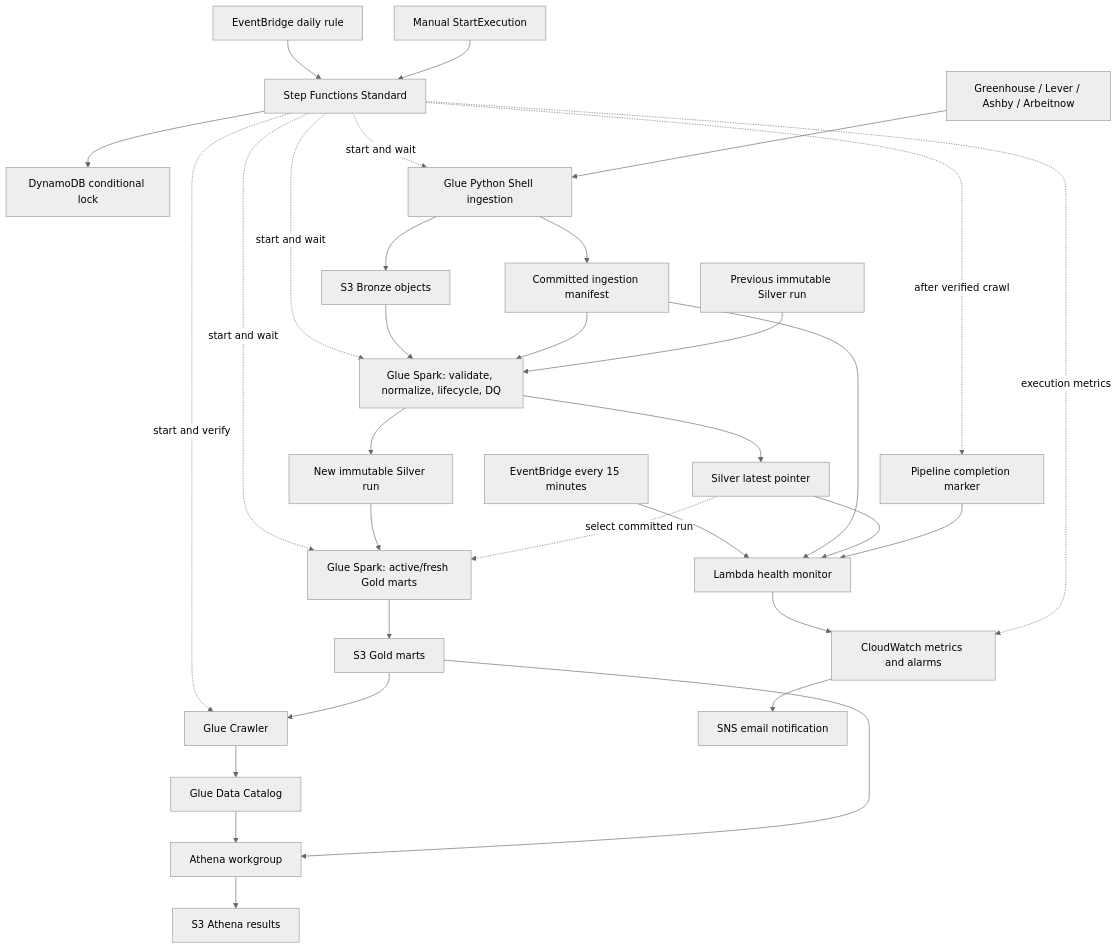
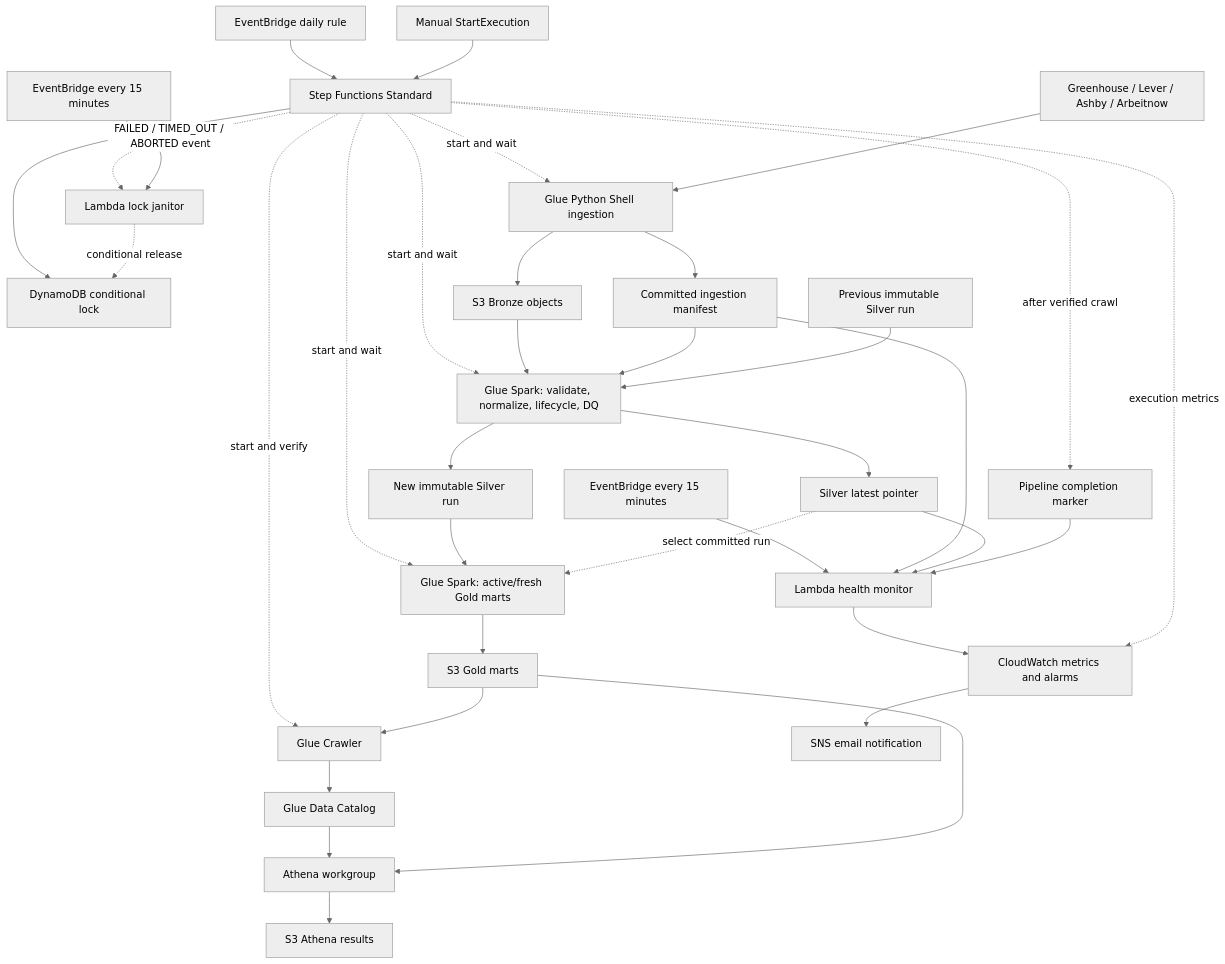
Before and after one commit to Viluoicode/Job-Market-Pipeline-cloud: the second of 2 diagrams in docs/architecture.md, drawn with Mermaid (neutral theme). The commit also changed other lines of this file and 8 other files, not shown here.

First line of the commit message:
feat(monitoring): Lambda lock janitor tự gỡ lock mồ côi

````diff
--- a/docs/architecture.md
+++ b/docs/architecture.md
@@ -33,35 +33,38 @@
 ```mermaid
 flowchart TD
     SCHEDULE[EventBridge daily rule] --> SFN[Step Functions Standard]
     MANUAL[Manual StartExecution] --> SFN
     SFN --> LOCK[DynamoDB conditional lock]
     SFN -. start and wait .-> INGEST[Glue Python Shell ingestion]
     SFN -. start and wait .-> SILVER
     SFN -. start and wait .-> GOLD
     ATS[Greenhouse / Lever / Ashby / Arbeitnow] --> INGEST
     INGEST --> BRONZE[S3 Bronze objects]
     INGEST --> MANIFEST[Committed ingestion manifest]
     BRONZE --> SILVER[Glue Spark: validate, normalize, lifecycle, DQ]
     MANIFEST --> SILVER
     PREVIOUS[Previous immutable Silver run] --> SILVER
     SILVER --> SILVER_RUN[New immutable Silver run]
     SILVER --> SILVER_STATE[Silver latest pointer]
     SILVER_RUN --> GOLD[Glue Spark: active/fresh Gold marts]
     SILVER_STATE -. select committed run .-> GOLD
     GOLD --> GOLD_DATA[S3 Gold marts]
     SFN -. start and verify .-> CRAWLER[Glue Crawler]
     GOLD_DATA --> CRAWLER
     CRAWLER --> CATALOG[Glue Data Catalog]
     CATALOG --> ATHENA[Athena workgroup]
     GOLD_DATA --> ATHENA
     ATHENA --> RESULTS[S3 Athena results]
     SFN -. after verified crawl .-> COMPLETE[Pipeline completion marker]
 
     MONITOR_SCHEDULE[EventBridge every 15 minutes] --> MONITOR[Lambda health monitor]
     MANIFEST --> MONITOR
     SILVER_STATE --> MONITOR
     COMPLETE --> MONITOR
     MONITOR --> METRICS[CloudWatch metrics and alarms]
     SFN -. execution metrics .-> METRICS
     METRICS --> SNS[SNS email notification]
+    SFN -. FAILED / TIMED_OUT / ABORTED event .-> JANITOR[Lambda lock janitor]
+    JANITOR_SCHEDULE[EventBridge every 15 minutes] --> JANITOR
+    JANITOR -. conditional release .-> LOCK
 ```
````
